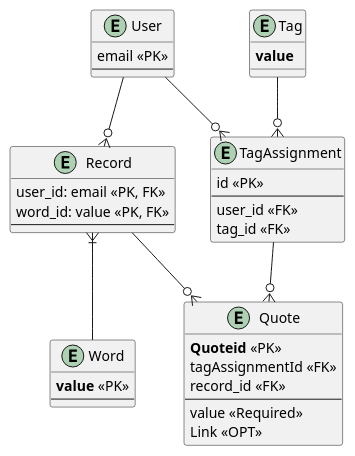
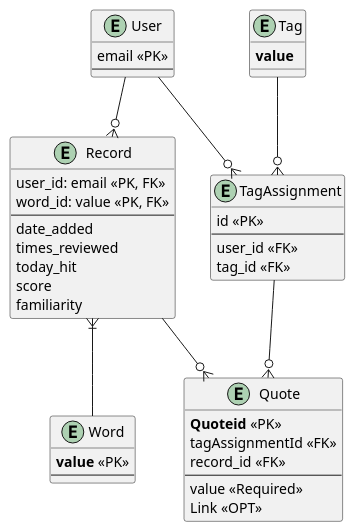
Before and after one commit to wenhaoy-0428/Eng-Memo: the diagram in docs/data.puml, drawn with PlantUML. The commit also changed 13 other files, not shown here.

```diff
--- a/docs/data.puml
+++ b/docs/data.puml
@@ -1,56 +1,61 @@
 @startuml
 
 entity User {
     email <<PK>>
     --
 } 
 
 entity Record {
     user_id: email <<PK, FK>>
     word_id: value <<PK, FK>>
     --
+    date_added
+    times_reviewed
+    today_hit
+    score
+    familiarity
 }
 
 entity Word {
     **value** <<PK>>
     --
 }
 
 entity TagAssignment {
     id <<PK>>
     --
     user_id <<FK>>
     tag_id <<FK>>
 }
 
 
 entity Tag {
     **value**
 }
 
 entity Quote {
     **Quoteid** <<PK>>
     tagAssignmentId <<FK>>
     record_id <<FK>>
     --
     value <<Required>>
     Link <<OPT>>
 }
 
 
 
 User --o{ Record
 
 Record }|-- Word
 
 
 Record --o{ Quote
 
 TagAssignment --o{ Quote
 
 User --o{ TagAssignment
 
 Tag --o{ TagAssignment
 
 
 @enduml
```
